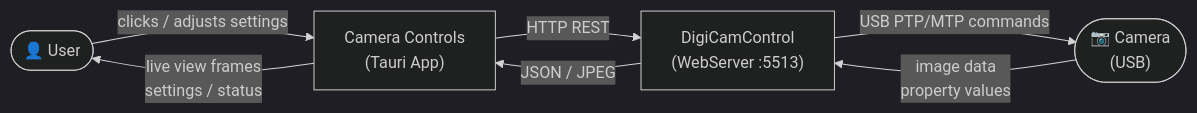
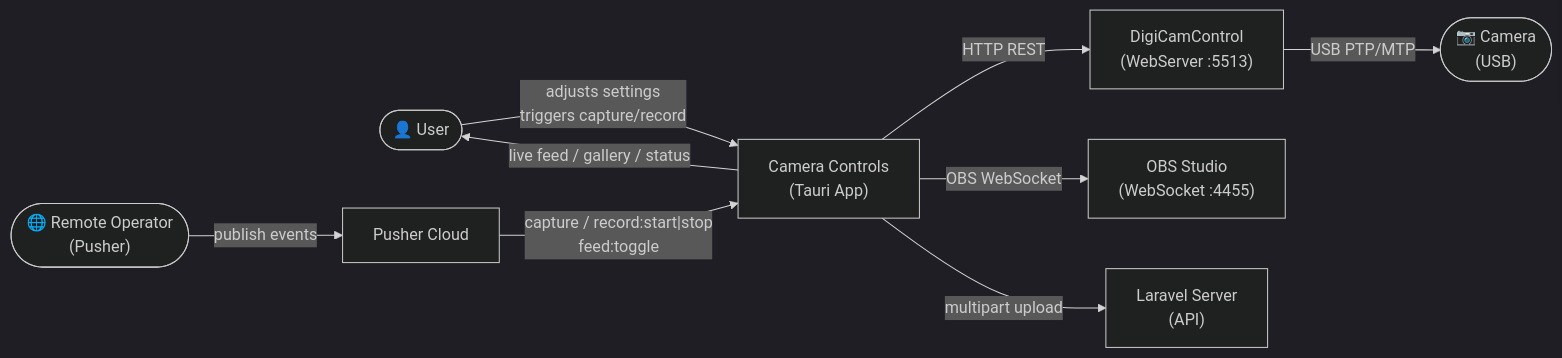
Before and after one commit to whei2419/Camera-Controls: the first of 5 diagrams in README.md, drawn with Mermaid (dark theme). The commit also changed other lines of this file, not shown here.

Commit message:
feat: enhance README with detailed features, installation steps, and remote control via Pusher

````diff
--- a/README.md
+++ b/README.md
@@ -24,14 +57,20 @@
 ```mermaid
 flowchart LR
     U(["👤 User"])
+    R(["🌐 Remote Operator\n(Pusher)"])
     A["Camera Controls\n(Tauri App)"]
     D["DigiCamControl\n(WebServer :5513)"]
+    O["OBS Studio\n(WebSocket :4455)"]
+    P["Pusher Cloud"]
+    S["Laravel Server\n(API)"]
     C(["📷 Camera\n(USB)"])
 
-    U -- "clicks / adjusts settings" --> A
-    A -- "live view frames\nsettings / status" --> U
+    U -- "adjusts settings\ntriggers capture/record" --> A
+    A -- "live feed / gallery / status" --> U
+    R -- "publish events" --> P
+    P -- "capture / record:start|stop\nfeed:toggle" --> A
     A -- "HTTP REST" --> D
-    D -- "JSON / JPEG" --> A
-    D -- "USB PTP/MTP commands" --> C
-    C -- "image data\nproperty values" --> D
+    A -- "OBS WebSocket" --> O
+    A -- "multipart upload" --> S
+    D -- "USB PTP/MTP" --> C
 ```
````
